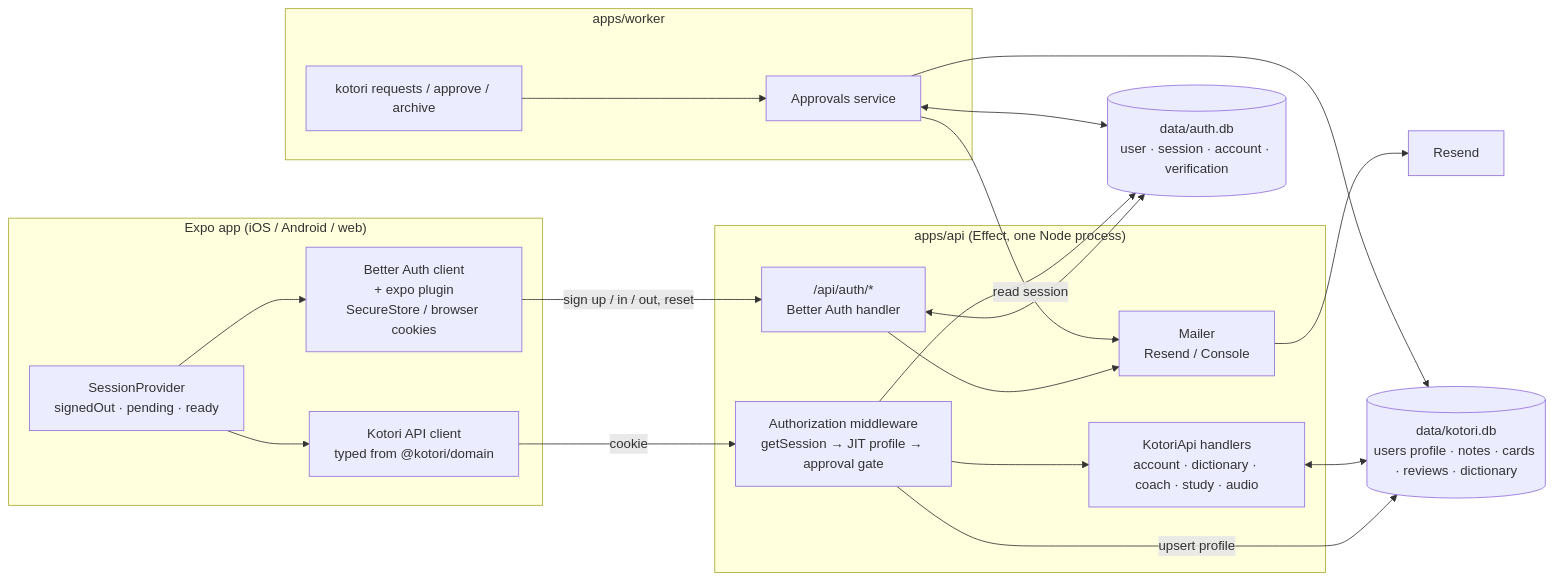
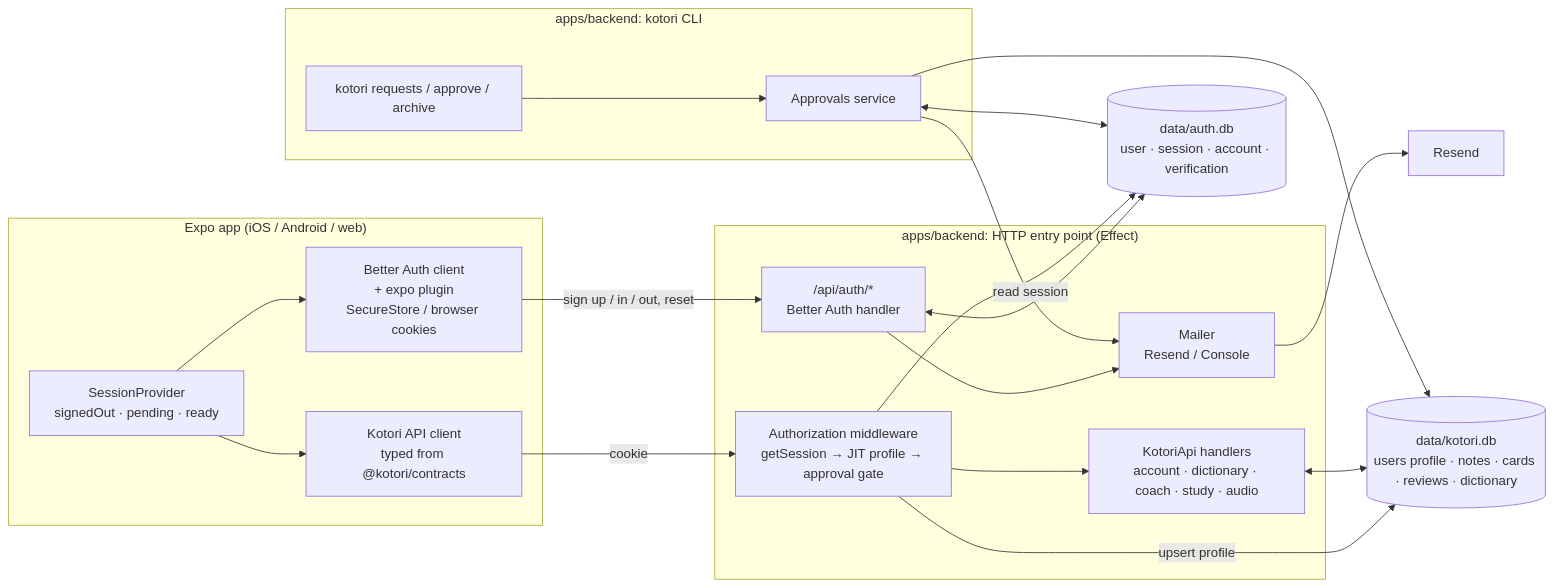
The first of 2 diagrams in docs/accounts-and-auth.md (0Calories/kotori), drawn with Mermaid before and after one commit. The commit also changed 407 other files, not shown here.

First line of the commit message:
Rearchitect the monorepo around the Drizzle tables: 15 projects to 8 (#55)

````diff
--- a/docs/accounts-and-auth.md
+++ b/docs/accounts-and-auth.md
@@ -126,39 +126,39 @@
 ```mermaid
 flowchart LR
   subgraph App["Expo app (iOS / Android / web)"]
     AC[Better Auth client<br/>+ expo plugin<br/>SecureStore / browser cookies]
-    KC[Kotori API client<br/>typed from @kotori/domain]
+    KC[Kotori API client<br/>typed from @kotori/contracts]
     SP[SessionProvider<br/>signedOut · pending · ready]
     SP --> AC
     SP --> KC
   end
 
-  subgraph API["apps/api (Effect, one Node process)"]
+  subgraph API["apps/backend: HTTP entry point (Effect)"]
     BA["/api/auth/*<br/>Better Auth handler"]
     MW["Authorization middleware<br/>getSession → JIT profile → approval gate"]
     H["KotoriApi handlers<br/>account · dictionary · coach · study · audio"]
     MAIL[Mailer<br/>Resend / Console]
     BA --> MAIL
     MW --> H
   end
 
-  subgraph Worker["apps/worker"]
+  subgraph Worker["apps/backend: kotori CLI"]
     CLI[kotori requests / approve / archive]
     APR[Approvals service]
     CLI --> APR --> MAIL
   end
 
   AUTHDB[(data/auth.db<br/>user · session · account · verification)]
   KDB[(data/kotori.db<br/>users profile · notes · cards · reviews · dictionary)]
   RESEND[Resend]
 
   AC -- "sign up / in / out, reset" --> BA
   KC -- "cookie" --> MW
   BA <--> AUTHDB
   MW -- "read session" --> AUTHDB
   MW -- "upsert profile" --> KDB
   H <--> KDB
   APR <--> AUTHDB
   APR --> KDB
   MAIL --> RESEND
 ```
````
